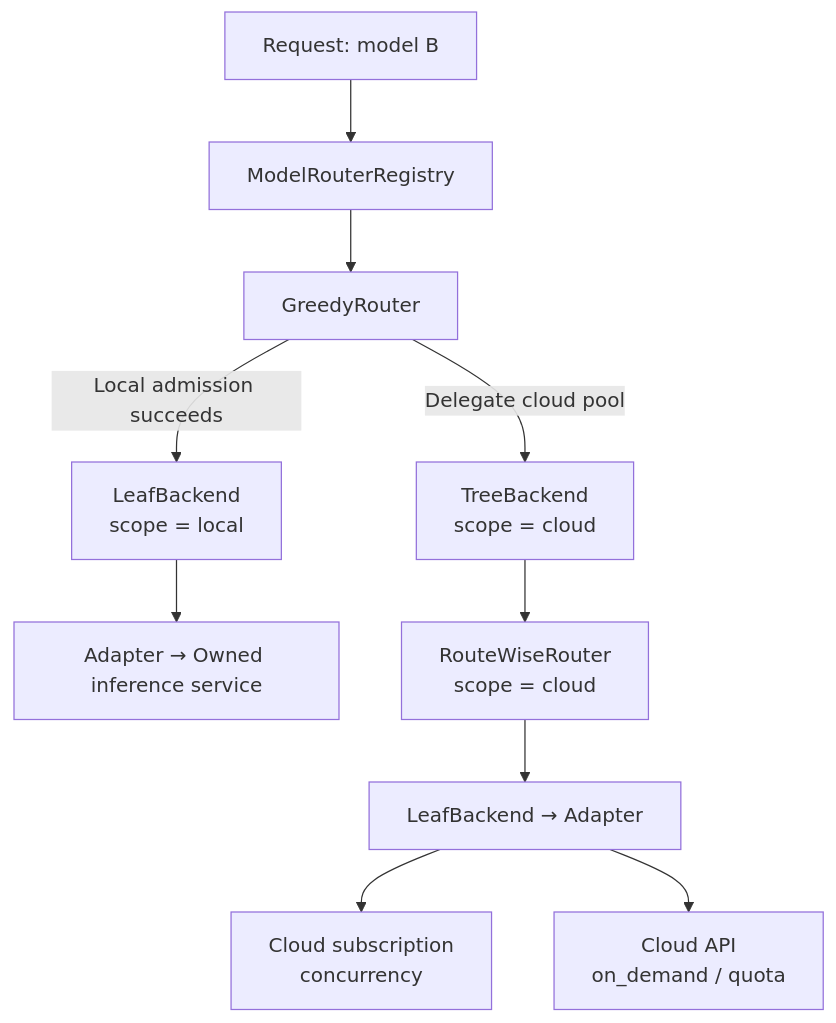
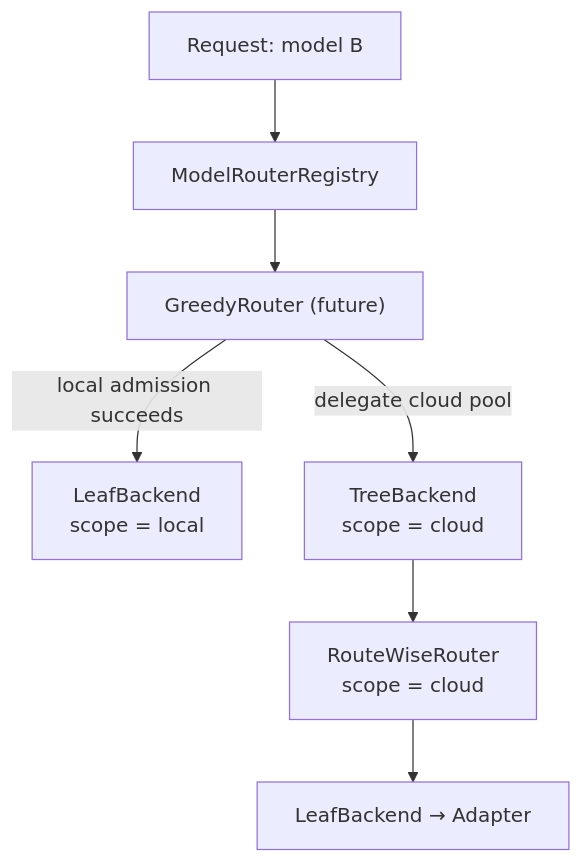
Before and after one commit to HarvardMadSys/hybridInference: the diagram in docs/agents/specs/2026-09-14-composable-hybrid-routing-design.zh.md, drawn with Mermaid. The commit also changed other lines of this file and 5 other files, not shown here.

````diff
--- a/docs/agents/specs/2026-09-14-composable-hybrid-routing-design.zh.md
+++ b/docs/agents/specs/2026-09-14-composable-hybrid-routing-design.zh.md
@@ -110,12 +52,9 @@
 ```mermaid
 flowchart TD
     Q["Request: model B"] --> G["ModelRouterRegistry"]
-    G --> H["GreedyRouter"]
-    H -->|"Local admission succeeds"| L["LeafBackend<br/>scope = local"]
-    L --> LA["Adapter → Owned inference service"]
-    H -->|"Delegate cloud pool"| B["TreeBackend<br/>scope = cloud"]
+    G --> H["GreedyRouter (future)"]
+    H -->|"local admission succeeds"| L["LeafBackend<br/>scope = local"]
+    H -->|"delegate cloud pool"| B["TreeBackend<br/>scope = cloud"]
     B --> R["RouteWiseRouter<br/>scope = cloud"]
     R --> E["LeafBackend → Adapter"]
-    E --> C1["Cloud subscription<br/>concurrency"]
-    E --> C2["Cloud API<br/>on_demand / quota"]
 ```
````
